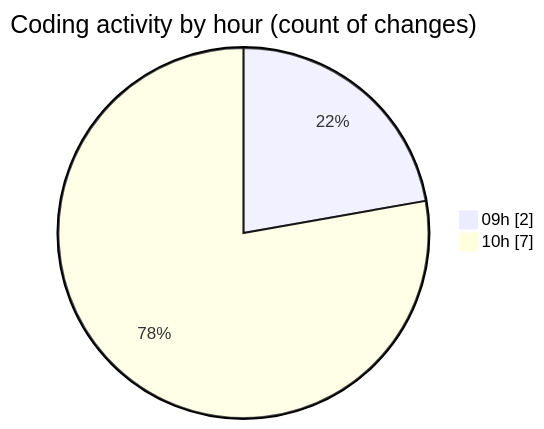
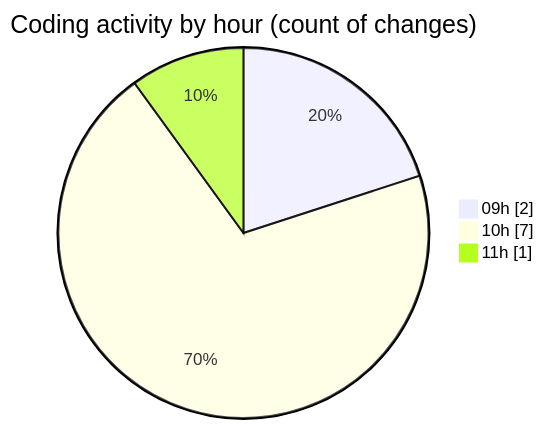
The second of 2 diagrams in 2026-03-02/typescript/README.md (igalym/code-tracking), drawn with Mermaid before and after one commit. The commit also changed other lines of this file and 1 other file, not shown here.

````diff
--- a/2026-03-02/typescript/README.md
+++ b/2026-03-02/typescript/README.md
@@ -33,6 +33,7 @@
 ```mermaid
 pie showData
 title Coding activity by hour (count of changes)
 "09h" : 2
 "10h" : 7
+"11h" : 1
 ```
````
